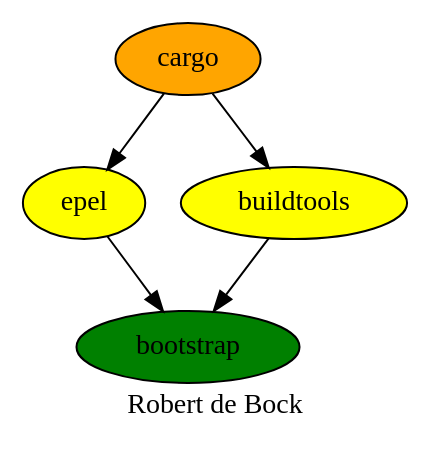
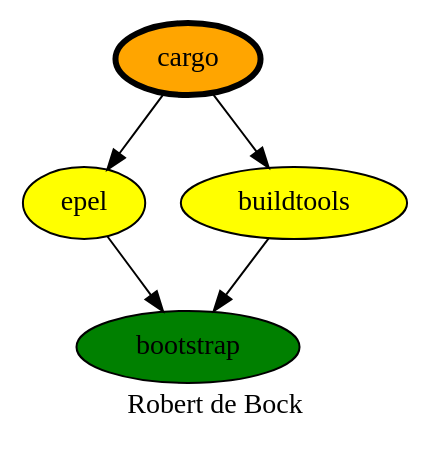
The diagram in cargo.dot (robertdebock/drawings), drawn with Graphviz before and after one commit. The commit also changed 12 other files, not shown here.

```diff
--- a/cargo.dot
+++ b/cargo.dot
@@ -1,12 +1,12 @@
 digraph PhiloDilemma {
   label = "Robert de Bock" ;
   overlap=false
   {
     bootstrap [fillcolor=green style=filled]
     epel [fillcolor=yellow style=filled]
     buildtools [fillcolor=yellow style=filled]
-    cargo [fillcolor=orange style=filled]
+    cargo [fillcolor=orange style=filled penwidth=3]
   }
   {buildtools epel} -> bootstrap
   cargo -> {buildtools epel}
 }
```
